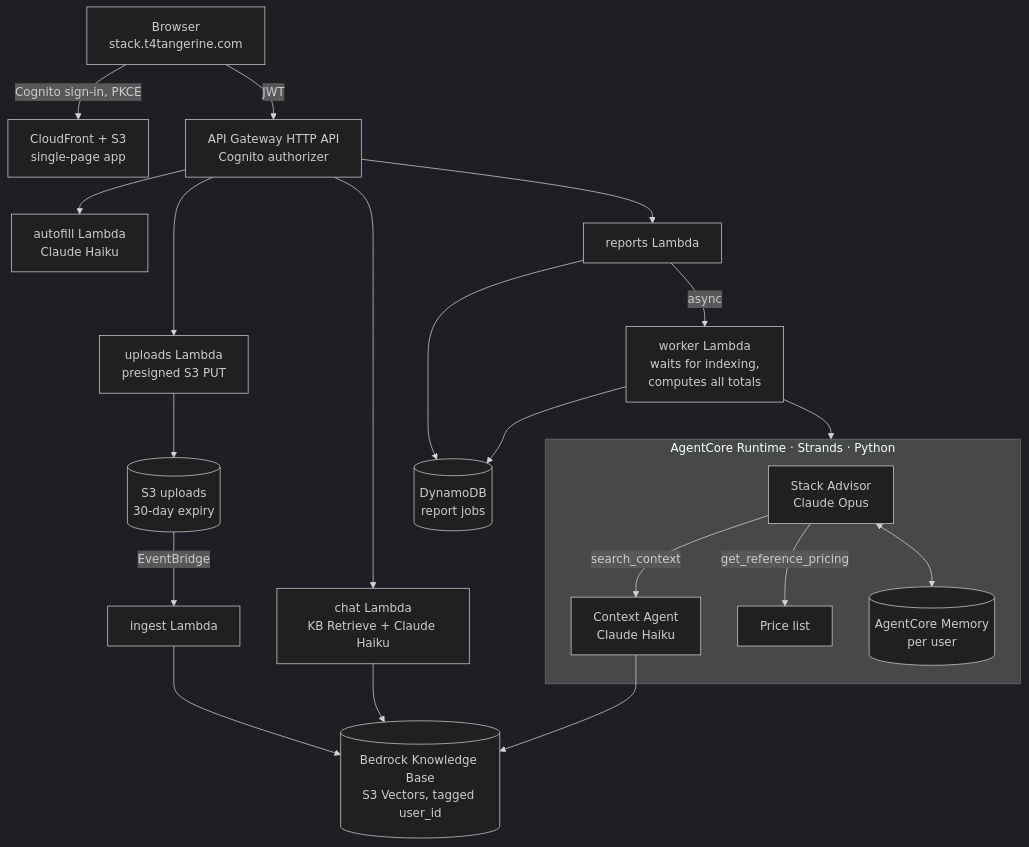
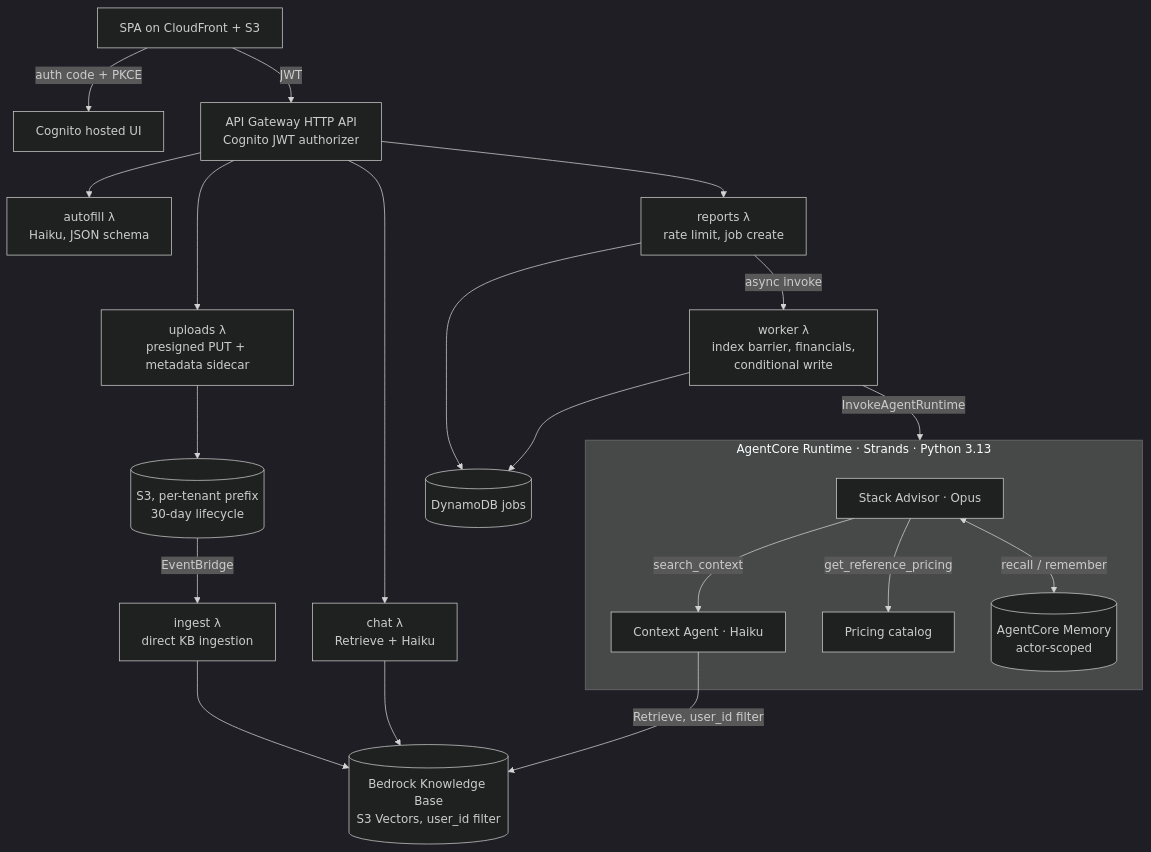
Before and after one commit to najmanaaz/stack-optimizer: the diagram in README.md, drawn with Mermaid (dark theme). The commit also changed other lines of this file, not shown here.

````diff
--- a/README.md
+++ b/README.md
@@ -23,27 +29,27 @@
 ```mermaid
 flowchart TD
-    U[Browser<br/>stack.t4tangerine.com] -->|Cognito sign-in, PKCE| CF[CloudFront + S3<br/>single-page app]
-    U -->|JWT| API[API Gateway HTTP API<br/>Cognito authorizer]
+    U[SPA on CloudFront + S3] -->|auth code + PKCE| COG[Cognito hosted UI]
+    U -->|JWT| API[API Gateway HTTP API<br/>Cognito JWT authorizer]
 
-    API --> UP[uploads Lambda<br/>presigned S3 PUT]
-    UP --> S3[(S3 uploads<br/>30-day expiry)]
-    S3 -->|EventBridge| ING[ingest Lambda]
-    ING --> KB[(Bedrock Knowledge Base<br/>S3 Vectors, tagged user_id)]
+    API --> UP[uploads λ<br/>presigned PUT + metadata sidecar]
+    UP --> S3[(S3, per-tenant prefix<br/>30-day lifecycle)]
+    S3 -->|EventBridge| ING[ingest λ<br/>direct KB ingestion]
+    ING --> KB[(Bedrock Knowledge Base<br/>S3 Vectors, user_id filter)]
 
-    API --> AF[autofill Lambda<br/>Claude Haiku]
-    API --> CH[chat Lambda<br/>KB Retrieve + Claude Haiku]
+    API --> AF[autofill λ<br/>Haiku, JSON schema]
+    API --> CH[chat λ<br/>Retrieve + Haiku]
     CH --> KB
 
-    API --> RP[reports Lambda]
-    RP --> DB[(DynamoDB<br/>report jobs)]
-    RP -->|async| WK[worker Lambda<br/>waits for indexing,<br/>computes all totals]
-    WK --> RT
+    API --> RP[reports λ<br/>rate limit, job create]
+    RP --> DB[(DynamoDB jobs)]
+    RP -->|async invoke| WK[worker λ<br/>index barrier, financials,<br/>conditional write]
+    WK -->|InvokeAgentRuntime| RT
+    WK --> DB
 
-    subgraph RT[AgentCore Runtime · Strands · Python]
-        ADV[Stack Advisor<br/>Claude Opus] -->|search_context| CA[Context Agent<br/>Claude Haiku]
-        ADV -->|get_reference_pricing| PC[Price list]
-        ADV <--> MEM[(AgentCore Memory<br/>per user)]
+    subgraph RT[AgentCore Runtime · Strands · Python 3.13]
+        ADV[Stack Advisor · Opus] -->|search_context| CA[Context Agent · Haiku]
+        ADV -->|get_reference_pricing| PC[Pricing catalog]
+        ADV <-->|recall / remember| MEM[(AgentCore Memory<br/>actor-scoped)]
     end
-    CA --> KB
-    WK --> DB
+    CA -->|Retrieve, user_id filter| KB
 ```
````
